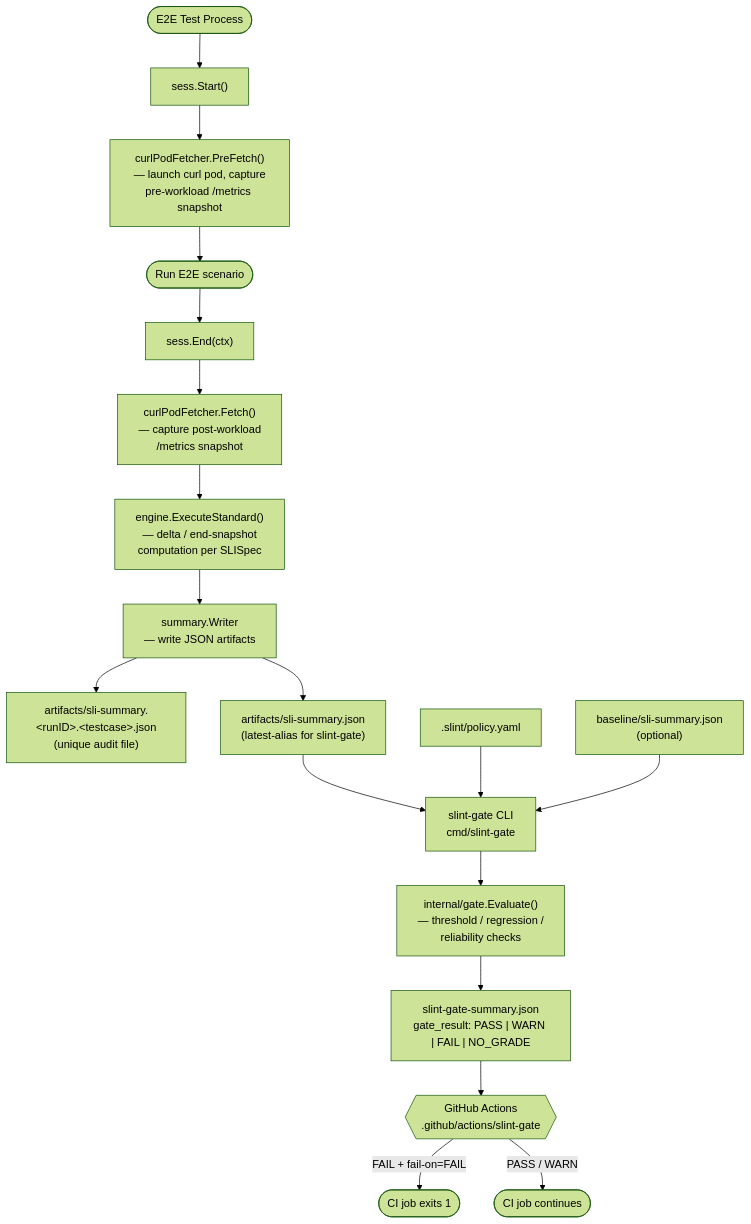
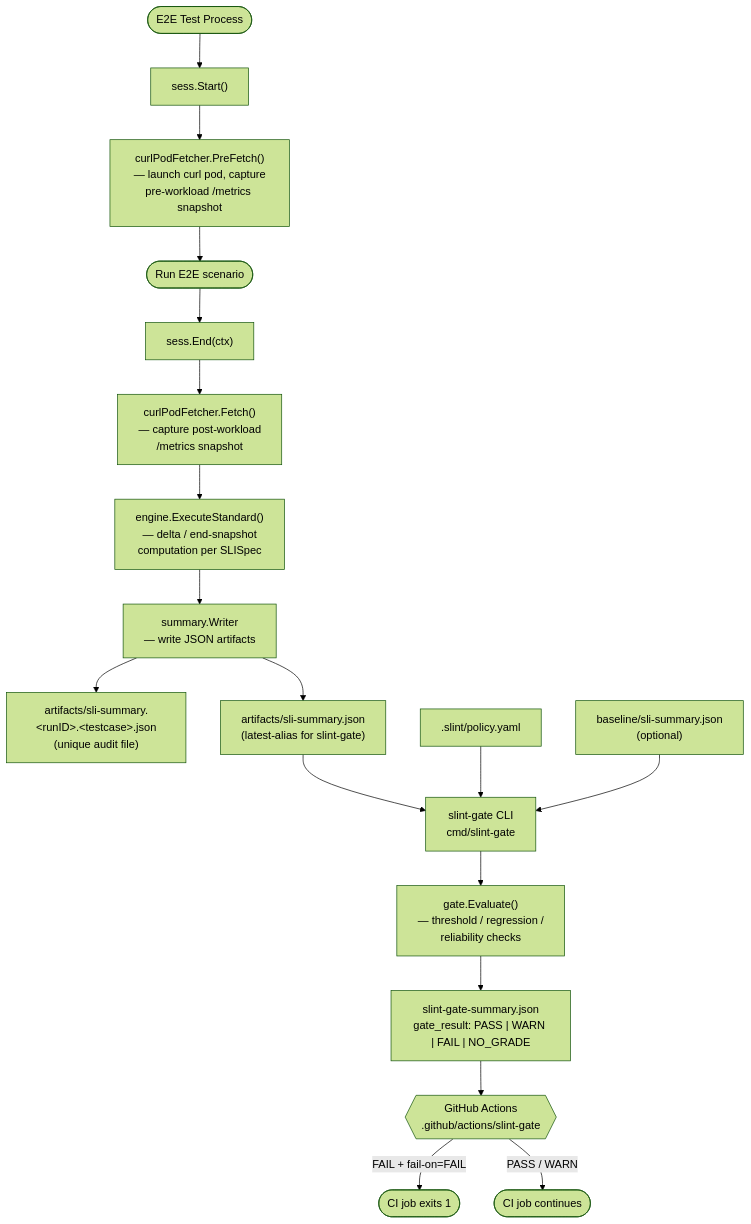
One commit to HeaInSeo/kube-slint changed the diagram in docs/architecture.md. Above: the diagram before and after it, drawn with Mermaid (forest theme). The commit also changed other lines of this file and 17 other files, not shown here.

First line of the commit message:
move internal/gate to pkg/gate, redirect pkg/slint stdout logs to stderr (R6)

````diff
--- a/docs/architecture.md
+++ b/docs/architecture.md
@@ -11,22 +11,22 @@
 ```mermaid
 flowchart TD
     A([E2E Test Process]) --> B["sess.Start()"]
     B --> C["curlPodFetcher.PreFetch()\n— launch curl pod, capture\npre-workload /metrics snapshot"]
     C --> D([Run E2E scenario])
     D --> E["sess.End(ctx)"]
     E --> F["curlPodFetcher.Fetch()\n— capture post-workload\n/metrics snapshot"]
     F --> G["engine.ExecuteStandard()\n— delta / end-snapshot\ncomputation per SLISpec"]
     G --> H["summary.Writer\n— write JSON artifacts"]
     H --> I["artifacts/sli-summary.&lt;runID&gt;.&lt;testcase&gt;.json\n(unique audit file)"]
     H --> J["artifacts/sli-summary.json\n(latest-alias for slint-gate)"]
 
     J --> K["slint-gate CLI\ncmd/slint-gate"]
     L[".slint/policy.yaml"] --> K
     M["baseline/sli-summary.json\n(optional)"] --> K
-    K --> N["internal/gate.Evaluate()\n— threshold / regression /\nreliability checks"]
+    K --> N["gate.Evaluate()\n— threshold / regression /\nreliability checks"]
     N --> O["slint-gate-summary.json\ngate_result: PASS | WARN | FAIL | NO_GRADE"]
 
     O --> P{{"GitHub Actions\n.github/actions/slint-gate"}}
     P -- "FAIL + fail-on=FAIL" --> Q([CI job exits 1])
     P -- "PASS / WARN" --> R([CI job continues])
 ```
````
